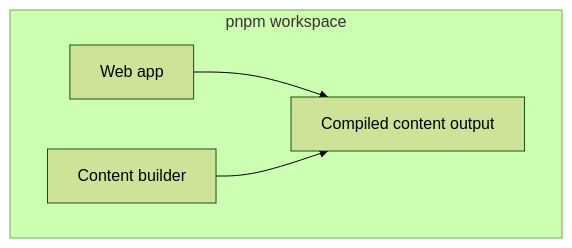
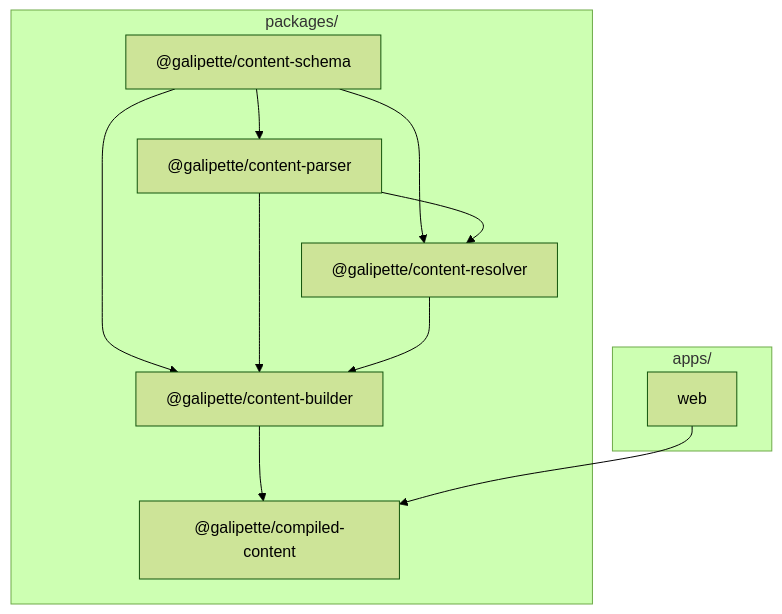
One commit to QuentinLemasson/galipette-app changed the first of 2 diagrams in README.md. Above: the diagram before and after it, drawn with Mermaid (forest theme). The commit also changed other lines of this file, not shown here.

````diff
--- a/README.md
+++ b/README.md
@@ -18,10 +22,21 @@
 ```mermaid
 flowchart TB
-  subgraph workspace["pnpm workspace"]
-    WEB["Web app"]
-    CB["Content builder"]
-    CC["Compiled content output"]
+  subgraph packages["packages/"]
+    SCH["@galipette/content-schema"]
+    PAR["@galipette/content-parser"]
+    RES["@galipette/content-resolver"]
+    BLD["@galipette/content-builder"]
+    OUT["@galipette/compiled-content"]
   end
-  WEB --> CC
-  CB --> CC
+  subgraph apps["apps/"]
+    WEB["web"]
+  end
+  SCH --> PAR
+  SCH --> RES
+  PAR --> RES
+  SCH --> BLD
+  PAR --> BLD
+  RES --> BLD
+  BLD --> OUT
+  WEB --> OUT
 ```
````
